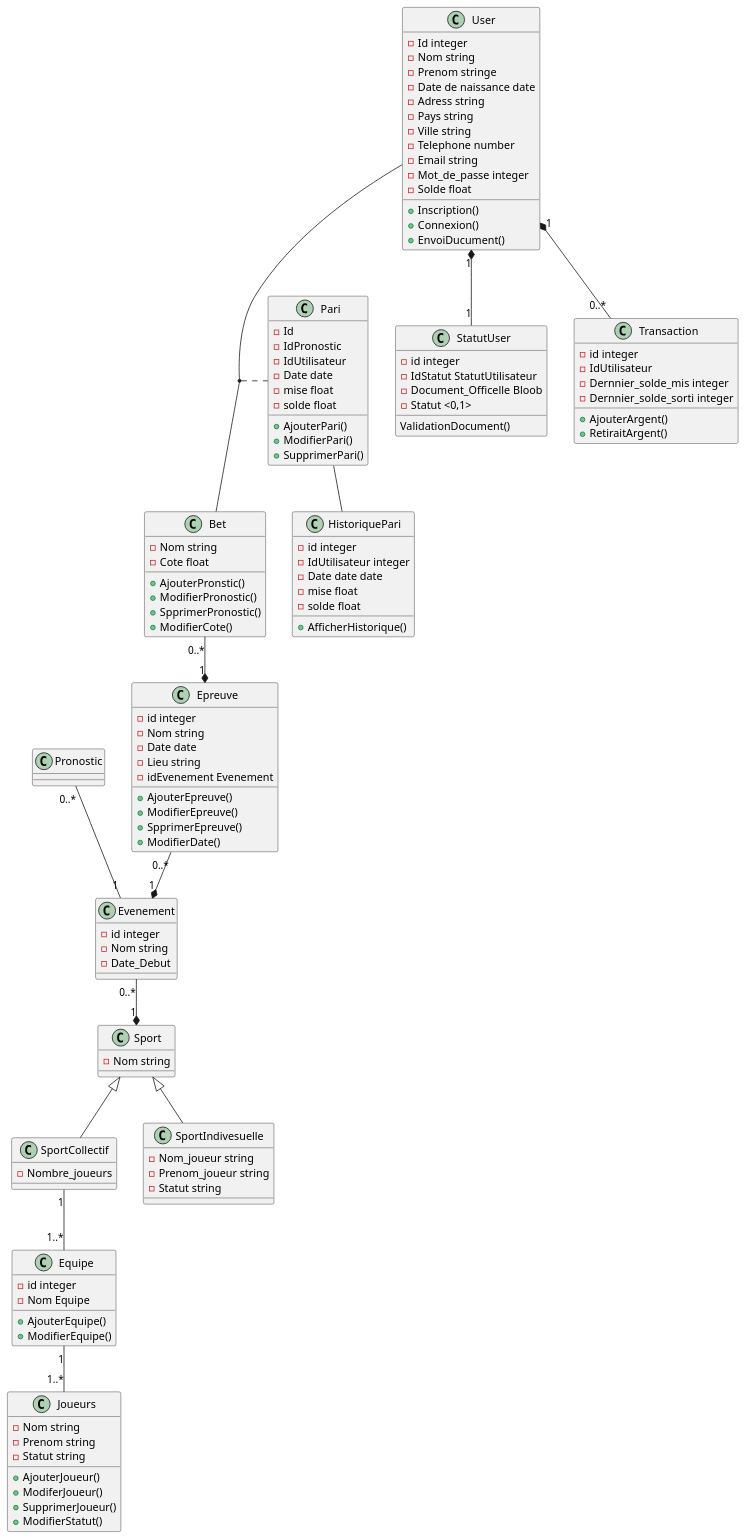
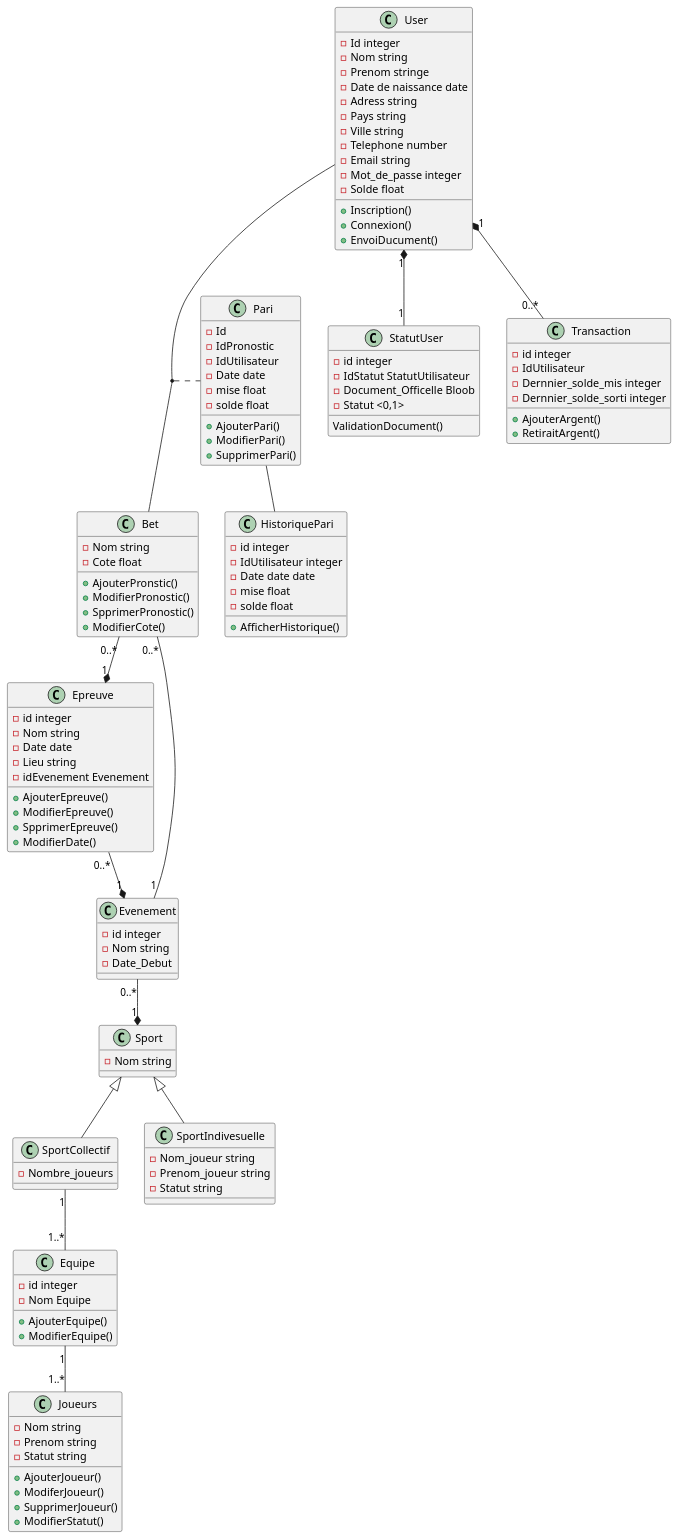
One commit to OFP-CDA-Mulhouse-2020/parisportif4 changed the diagram in Conception/pariSportif.puml. Above: the diagram before and after it, drawn with PlantUML. The commit also changed 1 other file, not shown here.

```diff
--- a/Conception/pariSportif.puml
+++ b/Conception/pariSportif.puml
@@ -1,134 +1,134 @@
 @startuml
 
 class User {
     - Id integer
     - Nom string
     - Prenom stringe
     - Date de naissance date
     - Adress string
     - Pays string
     - Ville string
     - Telephone number
     - Email string
     - Mot_de_passe integer
     - Solde float
 
     + Inscription()
     + Connexion()
     + EnvoiDucument()
 }
 class StatutUser {
     - id integer
     - IdStatut StatutUtilisateur
     - Document_Officelle Bloob
     - Statut <0,1>
 
     ValidationDocument()
 }
 
 class Transaction {
     - id integer
     - IdUtilisateur
     - Dernnier_solde_mis integer
     - Dernnier_solde_sorti integer
 
     + AjouterArgent()
     + RetiraitArgent()
 }
 
 class Pari {
     - Id
     - IdPronostic
     - IdUtilisateur
     - Date date
     - mise float
     - solde float
 
     + AjouterPari()
     + ModifierPari()
     + SupprimerPari()
 }
 
 
 class Bet {
     - Nom string
     - Cote float
 
     + AjouterPronstic()
     + ModifierPronostic()
     + SpprimerPronostic()
     + ModifierCote()
 }
 
 class Epreuve {
     - id integer
     - Nom string
     - Date date
     - Lieu string
     - idEvenement Evenement
 
     + AjouterEpreuve()
     + ModifierEpreuve()
     + SpprimerEpreuve()
     + ModifierDate()
 }
 
 class Evenement {
     - id integer
     - Nom string
     - Date_Debut
 }
 
 class Sport {
     - Nom string
 }
 class SportCollectif {
     - Nombre_joueurs
 }
 class Equipe {
     - id integer
     - Nom Equipe
 
     + AjouterEquipe()
     + ModifierEquipe()
 }
 class Joueurs {
     - Nom string
     - Prenom string
     - Statut string
 
     + AjouterJoueur()
     + ModiferJoueur()
     + SupprimerJoueur()
     + ModifierStatut()
 }
 
 class SportIndivesuelle {
     - Nom_joueur string
     - Prenom_joueur string
     - Statut string
 }
 class HistoriquePari {
     - id integer
     - IdUtilisateur integer
     - Date date date
     - mise float
     - solde float
 
     + AfficherHistorique()
 }
 
 
 (User, Bet) . Pari
 User "1" *-- "0..*" Transaction
 User "1" *-- "1" StatutUser
 Bet "0..*" --* "1" Epreuve
 Epreuve "0..*" --* "1" Evenement
 Evenement "0..*" --* "1" Sport
-Pronostic "0..*" -- "1" Evenement
+Bet "0..*" -- "1" Evenement
 Sport <|-- SportIndivesuelle
 Sport <|-- SportCollectif
 SportCollectif "1" -- "1..*" Equipe
 Equipe "1" -- "1..*" Joueurs
 Pari -- HistoriquePari
 @enduml
```
